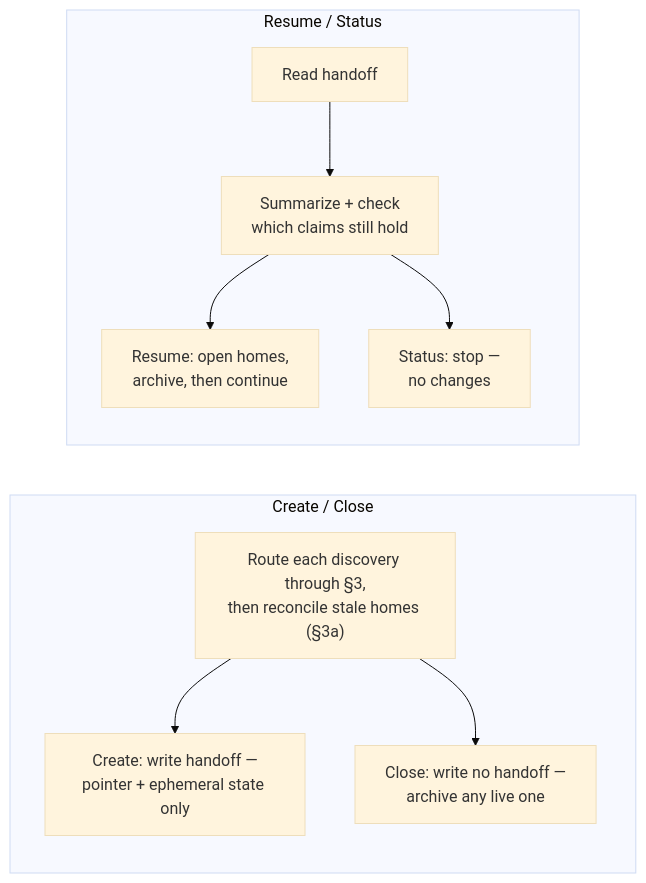
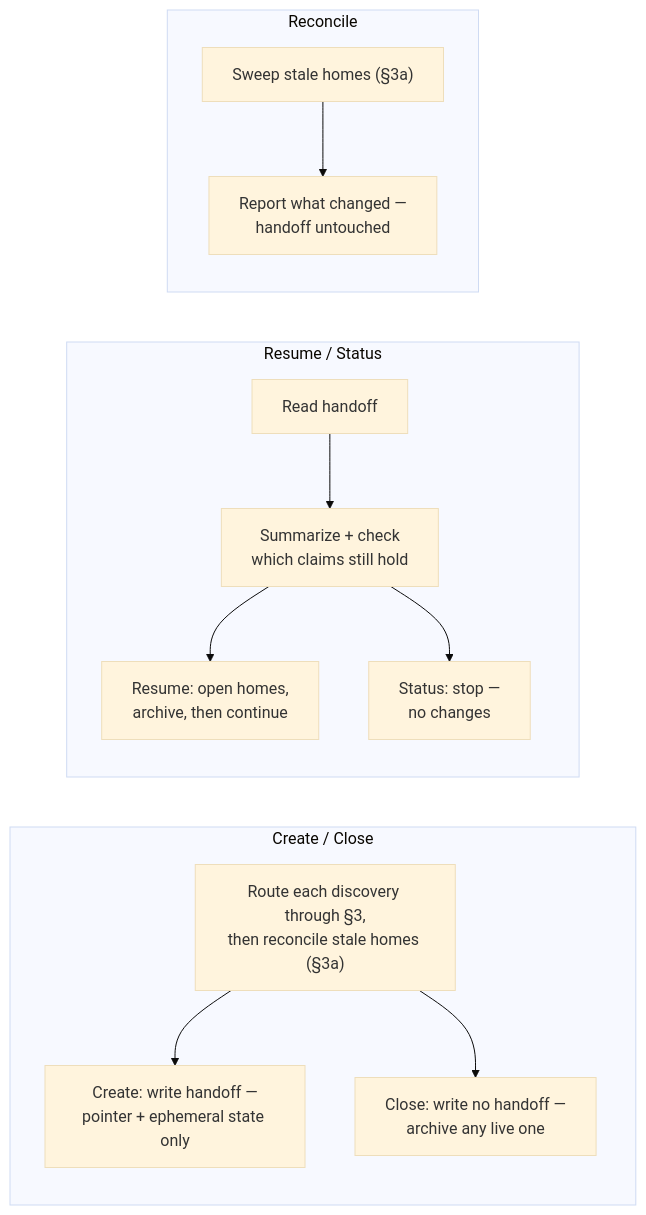
One commit to uchimata2/handoff-skill changed the second of 2 diagrams in README.md. Above: the diagram before and after it, drawn with Mermaid (base theme). The commit also changed other lines of this file and 10 other files, not shown here.

````diff
--- a/README.md
+++ b/README.md
@@ -169,14 +172,18 @@
 ```mermaid
 flowchart LR
   subgraph "Create / Close"
     direction TB
     c1["Route each discovery through §3,<br/>then reconcile stale homes (§3a)"] --> c2["Create: write handoff —<br/>pointer + ephemeral state only"]
     c1 --> c3["Close: write no handoff —<br/>archive any live one"]
   end
   subgraph "Resume / Status"
     direction TB
     r1["Read handoff"] --> r2["Summarize + check<br/>which claims still hold"]
     r2 --> r3["Resume: open homes,<br/>archive, then continue"]
     r2 --> r4["Status: stop —<br/>no changes"]
   end
+  subgraph "Reconcile"
+    direction TB
+    n1["Sweep stale homes (§3a)"] --> n2["Report what changed —<br/>handoff untouched"]
+  end
 ```
````
